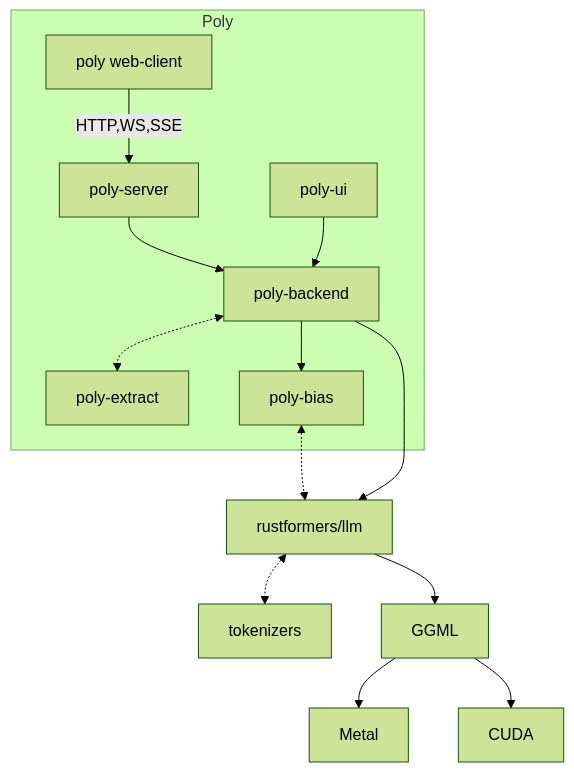
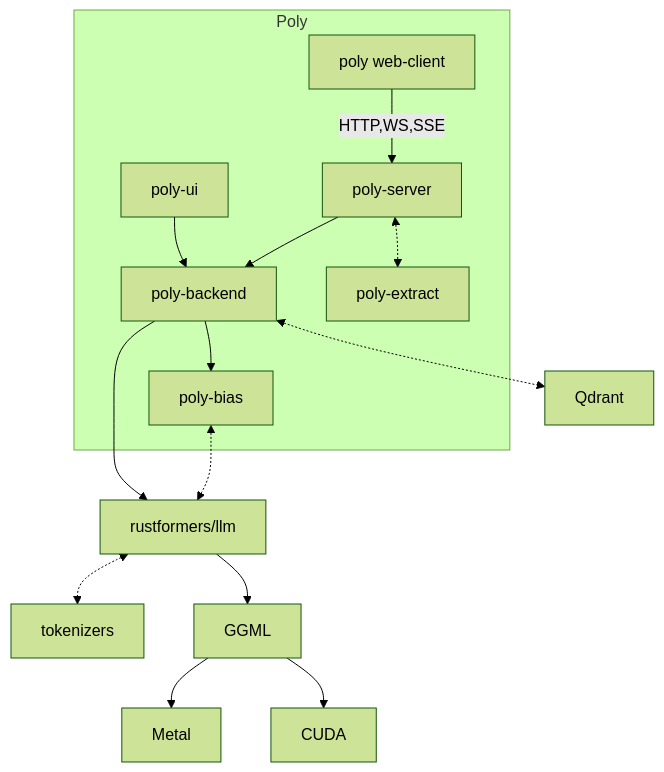
Before and after one commit to pixelspark/poly: the diagram in README.md, drawn with Mermaid (forest theme). The commit also changed other lines of this file and 4 other files, not shown here.

````diff
--- a/README.md
+++ b/README.md
@@ -11,32 +40,33 @@
 ```mermaid
 flowchart TD
 
 subgraph Poly
 	PW[poly web-client]
 	PS[poly-server]
 	PB[poly-backend]
 	PE[poly-extract]
 	PU[poly-ui]
 	PBs[poly-bias]
 
 	PW-->|HTTP,WS,SSE|PS
 	PB-->PBs
-	PB<-.->PE
+	PS<-.->PE
 
 	PS-->PB
 	PU-->PB
 end
 
 LLM[rustformers/llm]
 PBs<-.->LLM
+PB<-.->Qdrant
 
 T[tokenizers]
 GGML
 Metal
 PB-->LLM
 LLM<-.->T
 LLM-->GGML
 GGML-->Metal
 GGML-->CUDA
 
 ```
````
